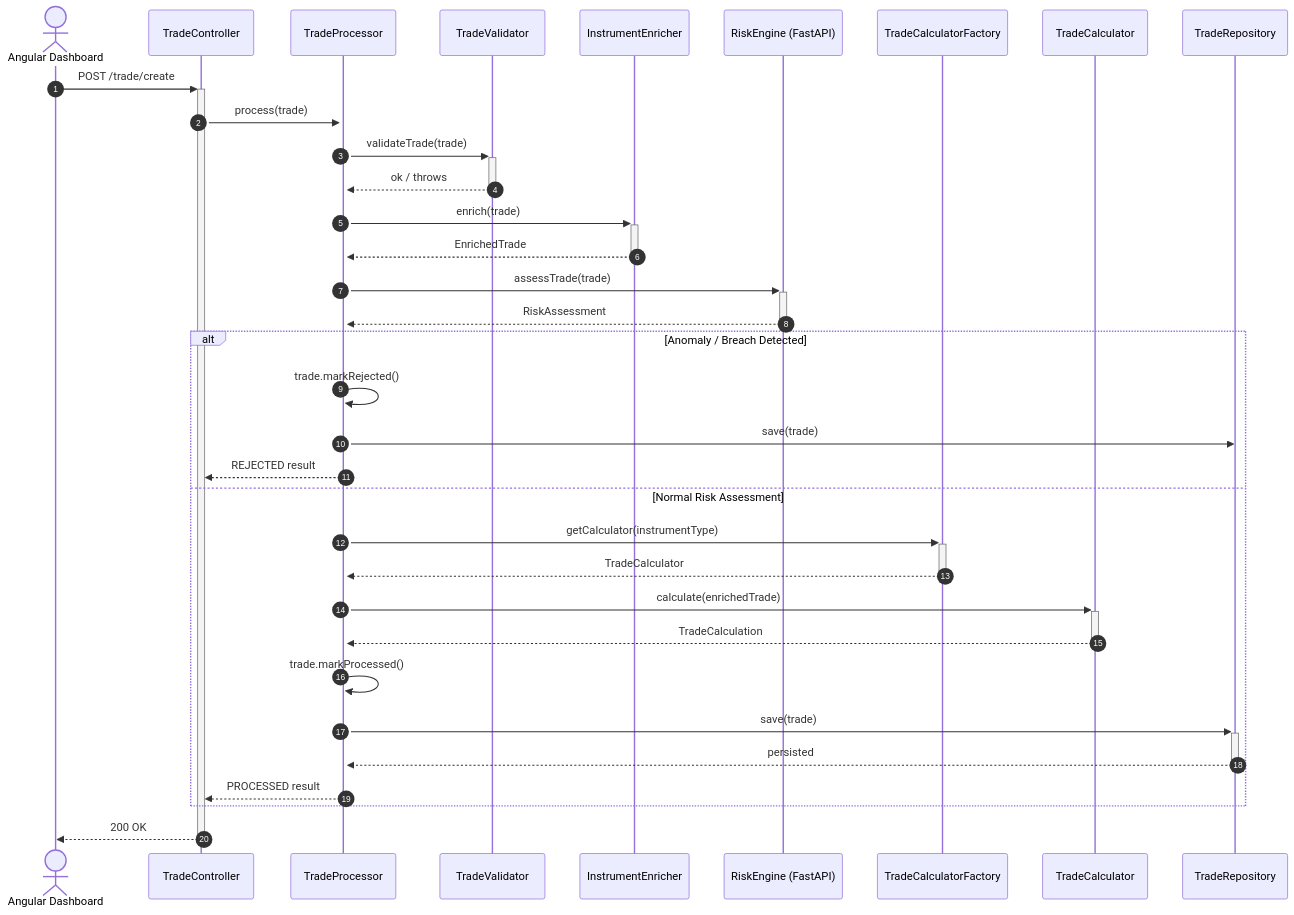
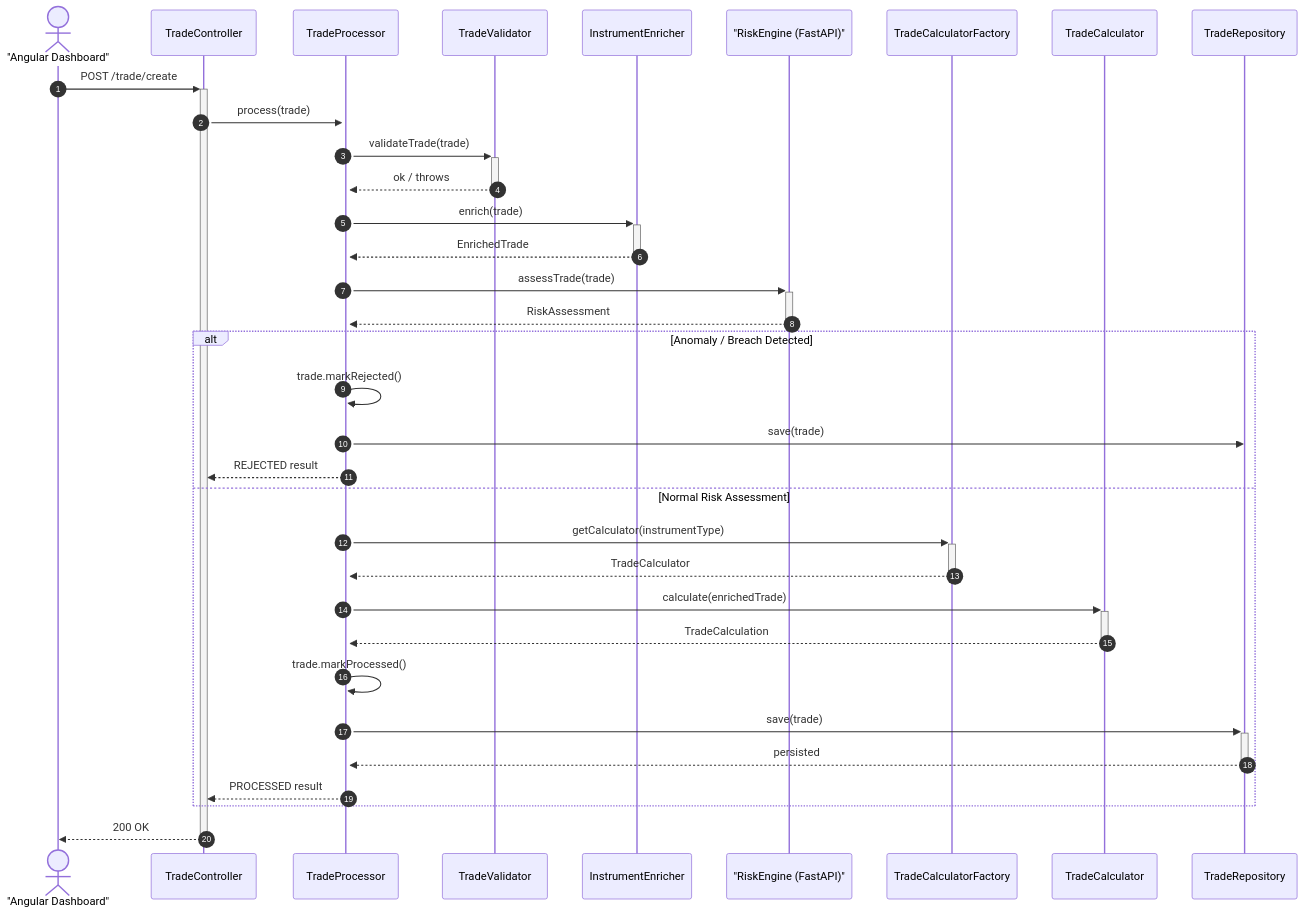
Before and after one commit to ramkiran25/trade-processor: the second of 3 diagrams in README.md, drawn with Mermaid. The commit also changed other lines of this file, not shown here.

````diff
--- a/README.md
+++ b/README.md
@@ -101,38 +101,38 @@
 ```mermaid
 sequenceDiagram
     autonumber
-    actor Client as Angular Dashboard
+    actor Client as "Angular Dashboard"
     participant Ctrl as TradeController
     participant Proc as TradeProcessor
     participant Val as TradeValidator
     participant Enr as InstrumentEnricher
-    participant Risk as RiskEngine (FastAPI)
+    participant Risk as "RiskEngine (FastAPI)"
     participant Fact as TradeCalculatorFactory
     participant Calc as TradeCalculator
     participant Repo as TradeRepository
 
     Client->>+Ctrl: POST /trade/create
     Ctrl->>+Proc: process(trade)
     Proc->>+Val: validateTrade(trade)
     Val-->>-Proc: ok / throws
     Proc->>+Enr: enrich(trade)
     Enr-->>-Proc: EnrichedTrade
     Proc->>+Risk: assessTrade(trade)
     Risk-->>-Proc: RiskAssessment
 
     alt Anomaly / Breach Detected
         Proc->>Proc: trade.markRejected()
         Proc->>Repo: save(trade)
         Proc-->>Ctrl: REJECTED result
     else Normal Risk Assessment
         Proc->>+Fact: getCalculator(instrumentType)
         Fact-->>-Proc: TradeCalculator
         Proc->>+Calc: calculate(enrichedTrade)
         Calc-->>-Proc: TradeCalculation
         Proc->>Proc: trade.markProcessed()
         Proc->>+Repo: save(trade)
         Repo-->>-Proc: persisted
         Proc-->>Ctrl: PROCESSED result
     end
     Ctrl-->>-Client: 200 OK
 ```
````
